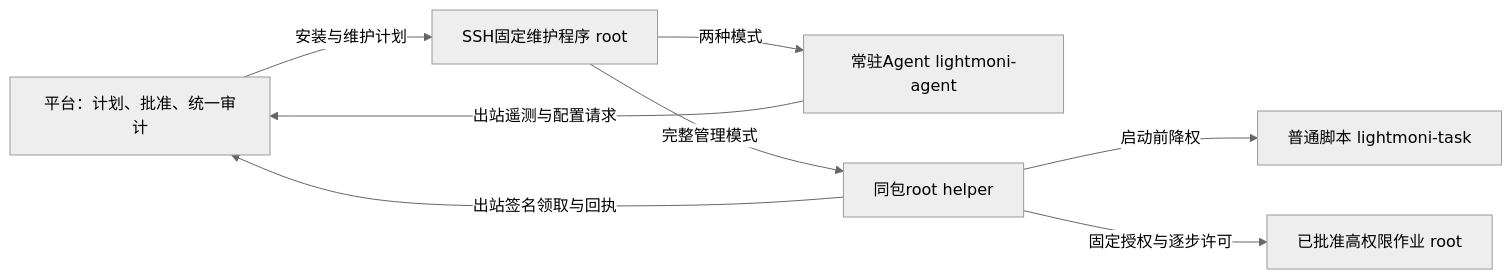
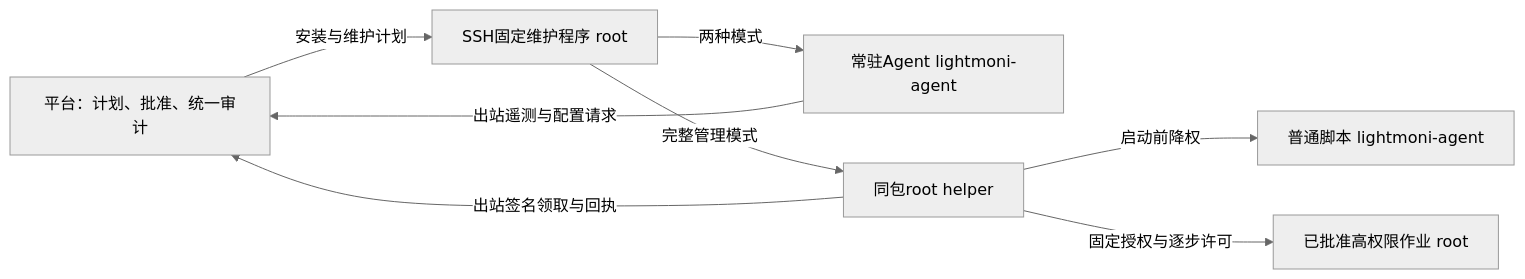
The diagram in docs/privileged-executor.md (workhold/lightmoni), drawn with Mermaid (neutral theme) before and after one commit. The commit also changed other lines of this file and 75 other files, not shown here.

````diff
--- a/docs/privileged-executor.md
+++ b/docs/privileged-executor.md
@@ -25,16 +27,16 @@
 ```mermaid
 flowchart LR
   C[平台：计划、批准、统一审计]
   L[SSH固定维护程序 root]
   A[常驻Agent lightmoni-agent]
   H[同包root helper]
-  T[普通脚本 lightmoni-task]
+  T[普通脚本 lightmoni-agent]
   R[已批准高权限作业 root]
   C -->|安装与维护计划| L
   L -->|两种模式| A
   L -->|完整管理模式| H
   A -->|出站遥测与配置请求| C
   H -->|出站签名领取与回执| C
   H -->|启动前降权| T
   H -->|固定授权与逐步许可| R
 ```
````
